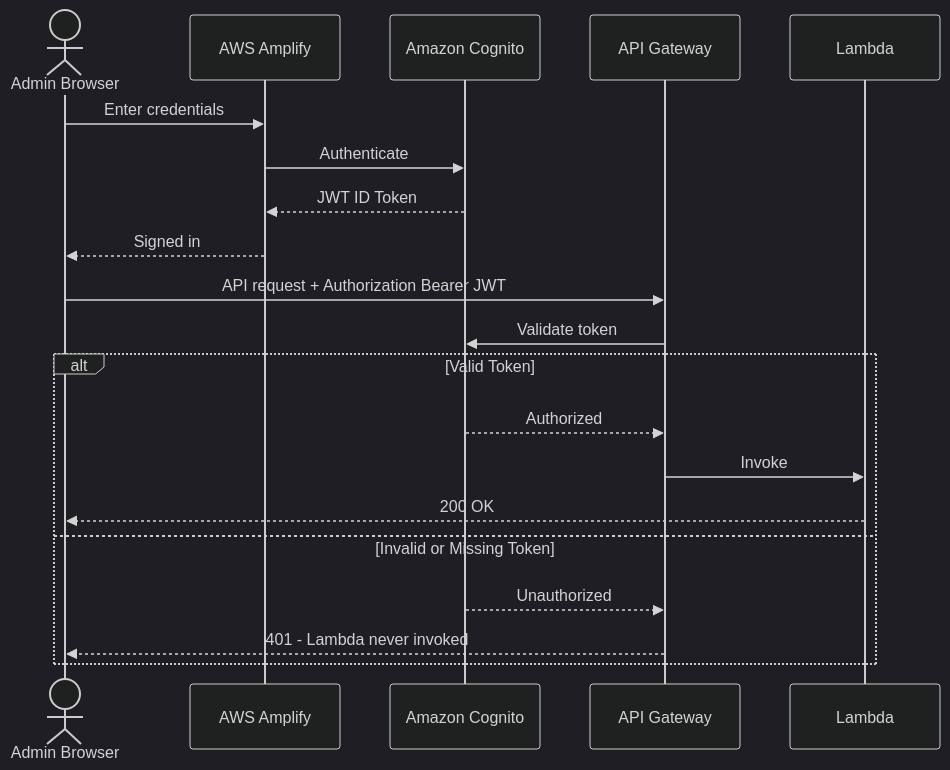
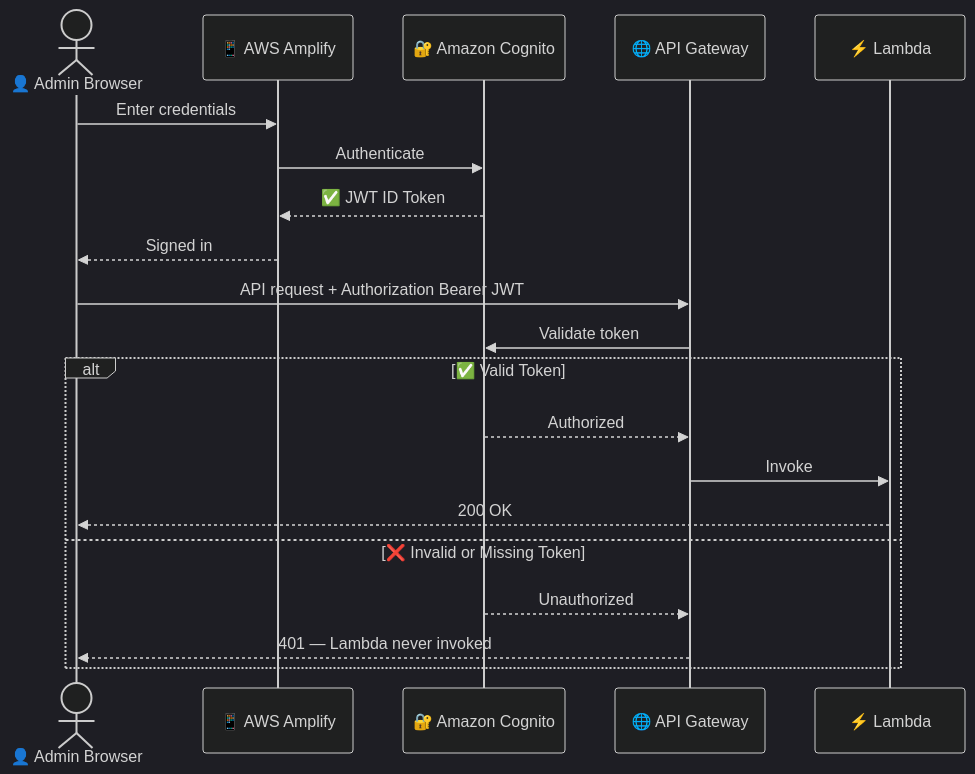
One commit to shaunniee/AWS_SERVERLESS_BLOG changed the second of 7 diagrams in readme.md. Above: the diagram before and after it, drawn with Mermaid (dark theme). The commit also changed other lines of this file, not shown here.

````diff
--- a/readme.md
+++ b/readme.md
@@ -216,24 +224,24 @@
 ```mermaid
 sequenceDiagram
-    actor Admin as Admin Browser
-    participant Amplify as AWS Amplify
-    participant Cognito as Amazon Cognito
-    participant APIGW as API Gateway
-    participant Lambda as Lambda
+    actor Admin as 👤 Admin Browser
+    participant Amplify as 📱 AWS Amplify
+    participant Cognito as 🔐 Amazon Cognito
+    participant APIGW as 🌐 API Gateway
+    participant Lambda as ⚡ Lambda
 
     Admin->>Amplify: Enter credentials
     Amplify->>Cognito: Authenticate
-    Cognito-->>Amplify: JWT ID Token
+    Cognito-->>Amplify: ✅ JWT ID Token
     Amplify-->>Admin: Signed in
 
     Admin->>APIGW: API request + Authorization Bearer JWT
     APIGW->>Cognito: Validate token
-    alt Valid Token
+    alt ✅ Valid Token
         Cognito-->>APIGW: Authorized
         APIGW->>Lambda: Invoke
         Lambda-->>Admin: 200 OK
-    else Invalid or Missing Token
+    else ❌ Invalid or Missing Token
         Cognito-->>APIGW: Unauthorized
-        APIGW-->>Admin: 401 - Lambda never invoked
+        APIGW-->>Admin: 401 — Lambda never invoked
     end
 ```
````
